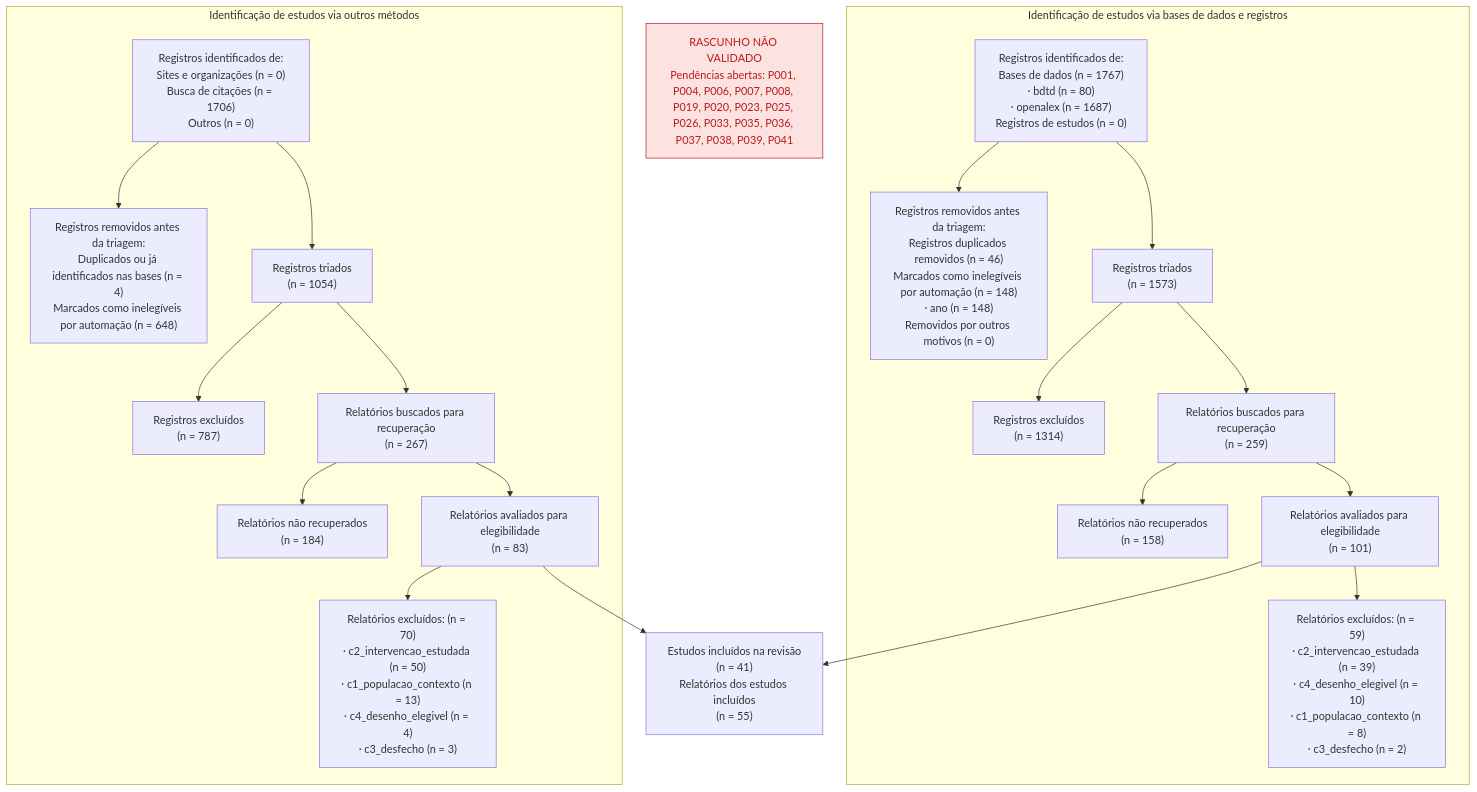
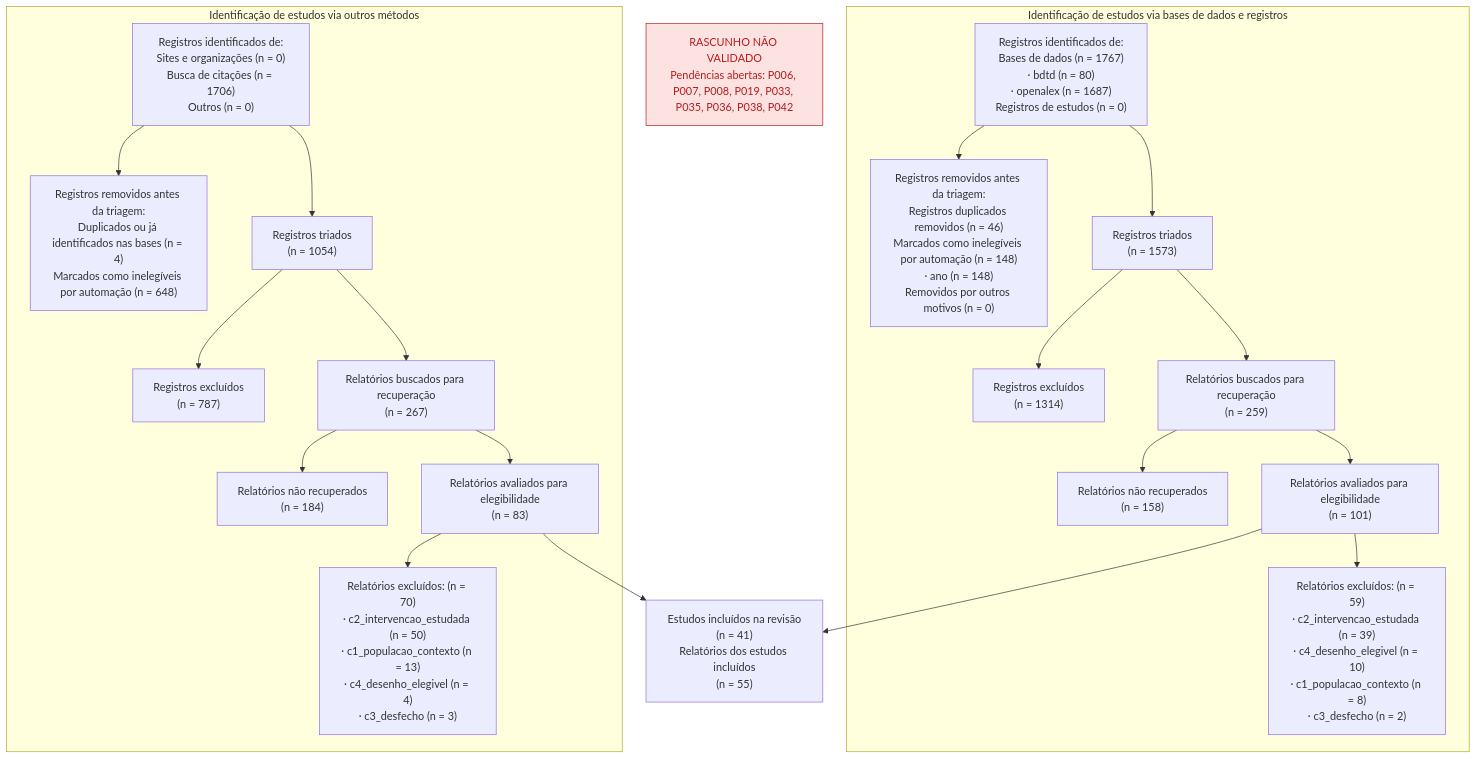
One commit to felipelmc/pesquisas-eleitorais-rs changed the diagram in 07-relatorio/prisma.mermaid. Above: the diagram before and after it, drawn with Mermaid. The commit also changed 34 other files, not shown here.

```diff
--- a/07-relatorio/prisma.mermaid
+++ b/07-relatorio/prisma.mermaid
@@ -1,40 +1,40 @@
 flowchart TD
-  rascunho["RASCUNHO NÃO VALIDADO<br/>Pendências abertas: P001, P004, P006, P007, P008, P019, P020, P023, P025, P026, P033, P035, P036, P037, P038, P039, P041"]
+  rascunho["RASCUNHO NÃO VALIDADO<br/>Pendências abertas: P006, P007, P008, P019, P033, P035, P036, P038, P042"]
   style rascunho fill:#fde2e2,stroke:#b91c1c,color:#b91c1c
   subgraph ramo_bases["Identificação de estudos via bases de dados e registros"]
     b_ident["Registros identificados de:<br/>Bases de dados (n = 1767)<br/>· bdtd (n = 80)<br/>· openalex (n = 1687)<br/>Registros de estudos (n = 0)"]
     b_removidos["Registros removidos antes da triagem:<br/>Registros duplicados removidos (n = 46)<br/>Marcados como inelegíveis por automação (n = 148)<br/>· ano (n = 148)<br/>Removidos por outros motivos (n = 0)"]
     b_triados["Registros triados<br/>(n = 1573)"]
     b_excl_triagem["Registros excluídos<br/>(n = 1314)"]
     b_buscados["Relatórios buscados para recuperação<br/>(n = 259)"]
     b_nao_rec["Relatórios não recuperados<br/>(n = 158)"]
     b_avaliados["Relatórios avaliados para elegibilidade<br/>(n = 101)"]
     b_excl_tc["Relatórios excluídos: (n = 59)<br/>· c2_intervencao_estudada (n = 39)<br/>· c4_desenho_elegivel (n = 10)<br/>· c1_populacao_contexto (n = 8)<br/>· c3_desfecho (n = 2)"]
   end
   subgraph ramo_outros["Identificação de estudos via outros métodos"]
     o_ident["Registros identificados de:<br/>Sites e organizações (n = 0)<br/>Busca de citações (n = 1706)<br/>Outros (n = 0)"]
     o_removidos["Registros removidos antes da triagem:<br/>Duplicados ou já identificados nas bases (n = 4)<br/>Marcados como inelegíveis por automação (n = 648)"]
     o_triados["Registros triados<br/>(n = 1054)"]
     o_excl_triagem["Registros excluídos<br/>(n = 787)"]
     o_buscados["Relatórios buscados para recuperação<br/>(n = 267)"]
     o_nao_rec["Relatórios não recuperados<br/>(n = 184)"]
     o_avaliados["Relatórios avaliados para elegibilidade<br/>(n = 83)"]
     o_excl_tc["Relatórios excluídos: (n = 70)<br/>· c2_intervencao_estudada (n = 50)<br/>· c1_populacao_contexto (n = 13)<br/>· c4_desenho_elegivel (n = 4)<br/>· c3_desfecho (n = 3)"]
   end
   incluidos["Estudos incluídos na revisão<br/>(n = 41)<br/>Relatórios dos estudos incluídos<br/>(n = 55)"]
   b_ident --> b_removidos
   b_ident --> b_triados
   b_triados --> b_excl_triagem
   b_triados --> b_buscados
   b_buscados --> b_nao_rec
   b_buscados --> b_avaliados
   b_avaliados --> b_excl_tc
   b_avaliados --> incluidos
   o_ident --> o_removidos
   o_ident --> o_triados
   o_triados --> o_excl_triagem
   o_triados --> o_buscados
   o_buscados --> o_nao_rec
   o_buscados --> o_avaliados
   o_avaliados --> o_excl_tc
   o_avaliados --> incluidos
```
